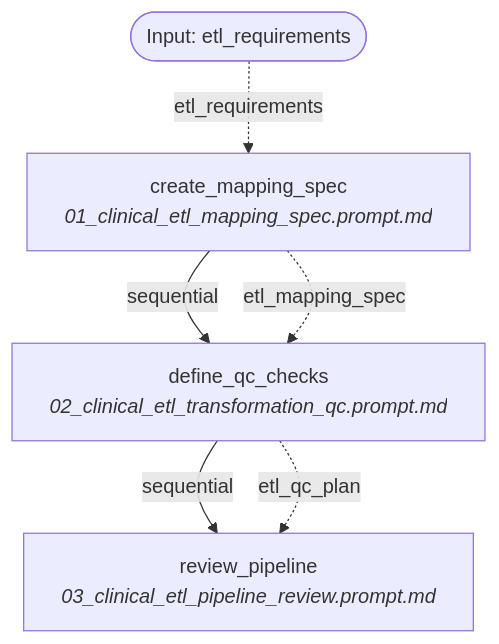
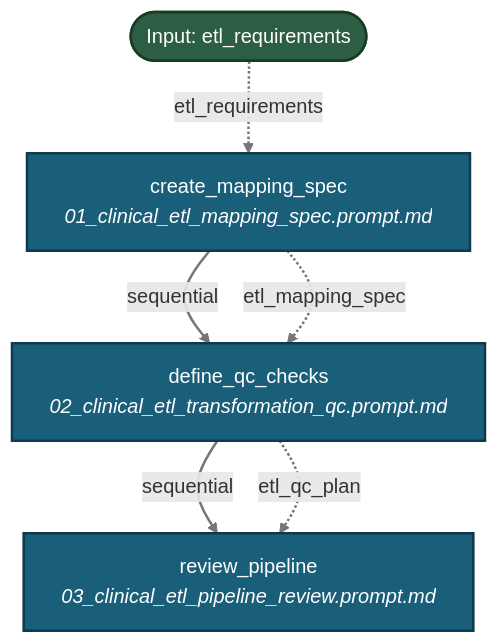
One commit to fderuiter/proompts changed the diagram in docs/workflows/data_management_etl.md. Above: the diagram before and after it, drawn with Mermaid. The commit also changed 267 other files, not shown here.

````diff
--- a/docs/workflows/data_management_etl.md
+++ b/docs/workflows/data_management_etl.md
@@ -11,12 +11,15 @@
 ```mermaid
 graph TD
-    INPUT_etl_requirements([Input: etl_requirements])
-    create_mapping_spec[create_mapping_spec<br><i>01_clinical_etl_mapping_spec.prompt.md</i>]
+    classDef stepNode fill:#1a5f7a,stroke:#0d3a4d,stroke-width:2px,color:#ffffff;
+    classDef inputNode fill:#2c5e43,stroke:#183b27,stroke-width:2px,color:#ffffff;
+    INPUT_etl_requirements([Input: etl_requirements]):::inputNode
+    create_mapping_spec[create_mapping_spec<br><i>01_clinical_etl_mapping_spec.prompt.md</i>]:::stepNode
     INPUT_etl_requirements -. etl_requirements .-> create_mapping_spec
     create_mapping_spec -->|sequential| define_qc_checks
-    define_qc_checks[define_qc_checks<br><i>02_clinical_etl_transformation_qc.prompt.md</i>]
+    define_qc_checks[define_qc_checks<br><i>02_clinical_etl_transformation_qc.prompt.md</i>]:::stepNode
     create_mapping_spec -. etl_mapping_spec .-> define_qc_checks
     define_qc_checks -->|sequential| review_pipeline
-    review_pipeline[review_pipeline<br><i>03_clinical_etl_pipeline_review.prompt.md</i>]
+    review_pipeline[review_pipeline<br><i>03_clinical_etl_pipeline_review.prompt.md</i>]:::stepNode
     define_qc_checks -. etl_qc_plan .-> review_pipeline
+    linkStyle default stroke:#767676,stroke-width:2px;
 ```
````
